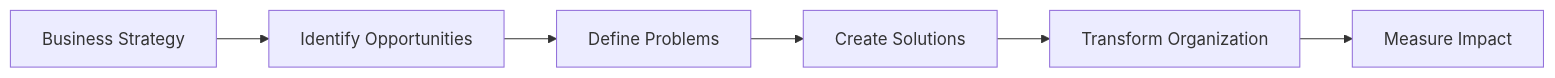
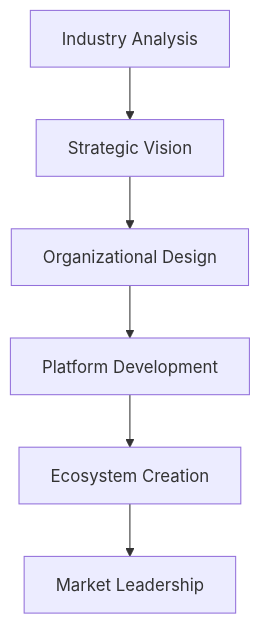
The second of 4 diagrams in docs/fundamentals/l6-vs-l7.md (deepaucksharma/SystemCraft), drawn with Mermaid before and after one commit. The commit also changed other lines of this file and 100 other files, not shown here.

````diff
--- a/docs/fundamentals/l6-vs-l7.md
+++ b/docs/fundamentals/l6-vs-l7.md
@@ -112,8 +112,8 @@
 ```mermaid
-graph LR
-    A[Business Strategy] --> B[Identify Opportunities]
-    B --> C[Define Problems]
-    C --> D[Create Solutions]
-    D --> E[Transform Organization]
-    E --> F[Measure Impact]
+graph TD
+    A[Industry Analysis] --> B[Strategic Vision]
+    B --> C[Organizational Design]
+    C --> D[Platform Development]
+    D --> E[Ecosystem Creation]
+    E --> F[Market Leadership]
 ```
````
